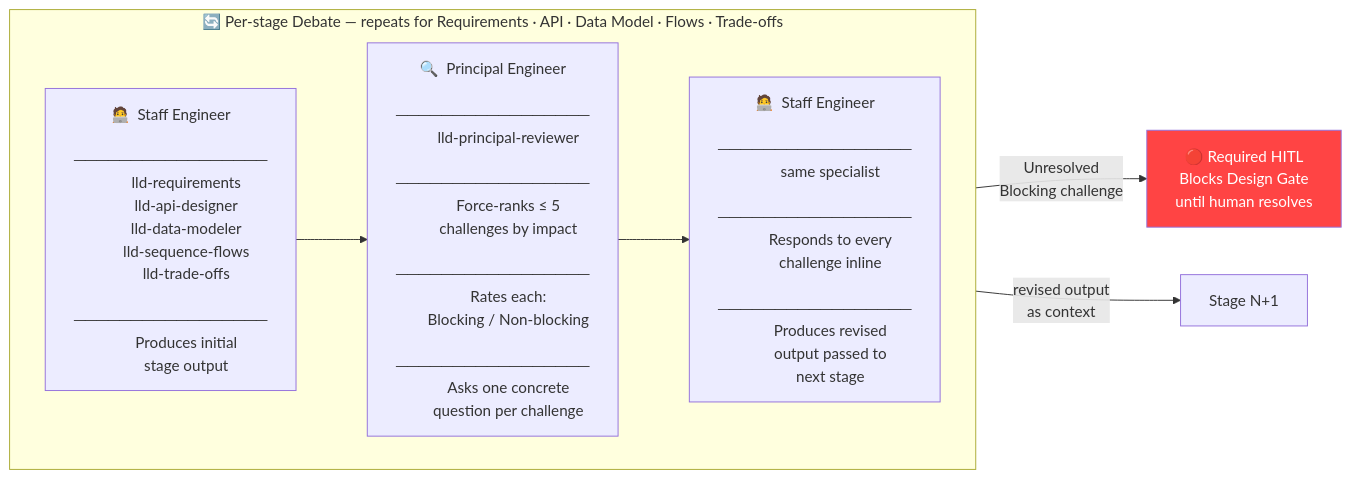
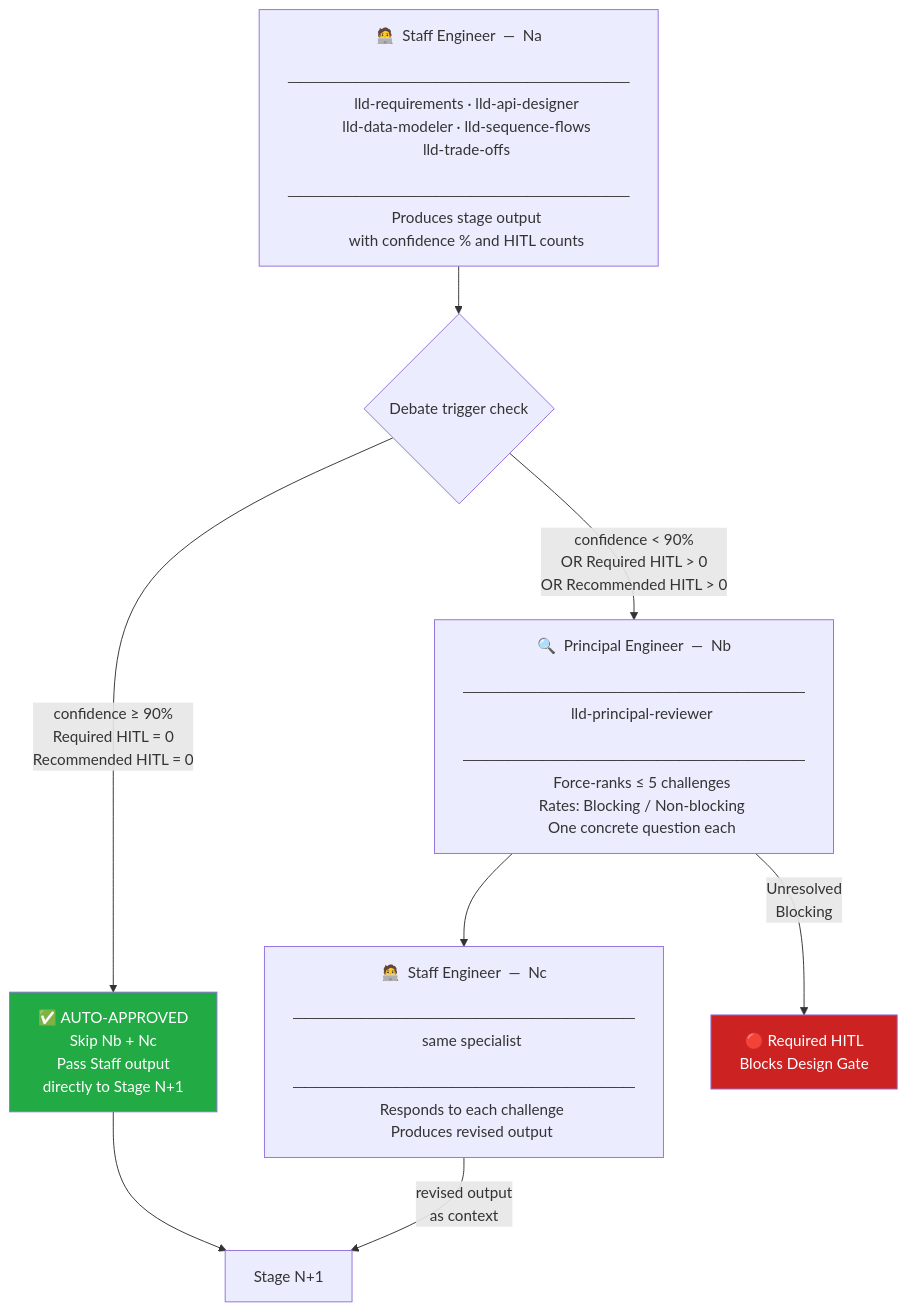
One commit to amit894/agentic-backend-design changed the second of 4 diagrams in .cursor/PIPELINE-DIAGRAM.md. Above: the diagram before and after it, drawn with Mermaid. The commit also changed other lines of this file and 3 other files, not shown here.

First line of the commit message:
Gate Principal Engineer debate on confidence score and HITL level

````diff
--- a/.cursor/PIPELINE-DIAGRAM.md
+++ b/.cursor/PIPELINE-DIAGRAM.md
@@ -73,51 +75,48 @@
 ```mermaid
-flowchart LR
-    subgraph loop ["🔄  Per-stage Debate  —  repeats for Requirements · API · Data Model · Flows · Trade-offs"]
-        direction LR
+flowchart TD
+    A["🧑‍💻  Staff Engineer  —  Na
+    ──────────────────────────────
+    lld-requirements · lld-api-designer
+    lld-data-modeler · lld-sequence-flows
+    lld-trade-offs
+    ──────────────────────────────
+    Produces stage output
+    with confidence % and HITL counts"]
 
-        A["🧑‍💻  Staff Engineer
-        ─────────────────
-        lld-requirements
-        lld-api-designer
-        lld-data-modeler
-        lld-sequence-flows
-        lld-trade-offs
-        ─────────────────
-        Produces initial
-        stage output"]
+    A --> GATE{"Debate trigger check"}
 
-        B["🔍  Principal Engineer
-        ─────────────────
-        lld-principal-reviewer
-        ─────────────────
-        Force-ranks ≤ 5
-        challenges by impact
-        ─────────────────
-        Rates each:
-        Blocking / Non-blocking
-        ─────────────────
-        Asks one concrete
-        question per challenge"]
+    GATE -->|"confidence ≥ 90%
+    Required HITL = 0
+    Recommended HITL = 0"| AUTO["✅  AUTO-APPROVED
+    Skip Nb + Nc
+    Pass Staff output
+    directly to Stage N+1"]
 
-        C["🧑‍💻  Staff Engineer
-        ─────────────────
-        same specialist
-        ─────────────────
-        Responds to every
-        challenge inline
-        ─────────────────
-        Produces revised
-        output passed to
-        next stage"]
+    GATE -->|"confidence < 90%
+    OR Required HITL > 0
+    OR Recommended HITL > 0"| B
 
-        A --> B --> C
-    end
+    B["🔍  Principal Engineer  —  Nb
+    ──────────────────────────────
+    lld-principal-reviewer
+    ──────────────────────────────
+    Force-ranks ≤ 5 challenges
+    Rates: Blocking / Non-blocking
+    One concrete question each"]
 
-    B -->|"Unresolved\nBlocking challenge"| H["🔴  Required HITL
-    Blocks Design Gate
-    until human resolves"]
+    B --> C["🧑‍💻  Staff Engineer  —  Nc
+    ──────────────────────────────
+    same specialist
+    ──────────────────────────────
+    Responds to each challenge
+    Produces revised output"]
+
+    B -->|"Unresolved\nBlocking"| H["🔴  Required HITL
+    Blocks Design Gate"]
 
     C -->|"revised output\nas context"| NEXT["Stage N+1"]
+    AUTO --> NEXT
 
-    style H fill:#ff4444,color:#fff
+    style AUTO fill:#22aa44,color:#fff
+    style H fill:#cc2222,color:#fff
 ```
````
